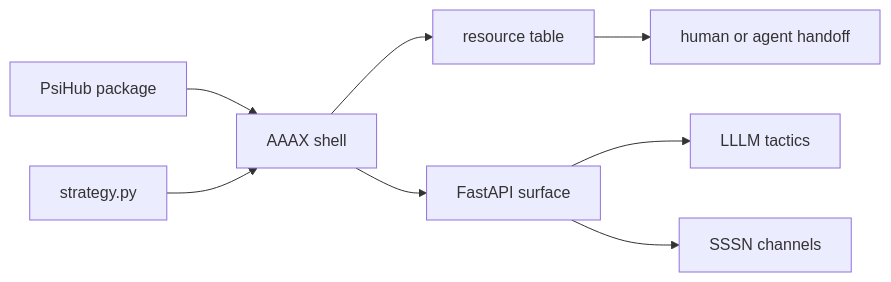
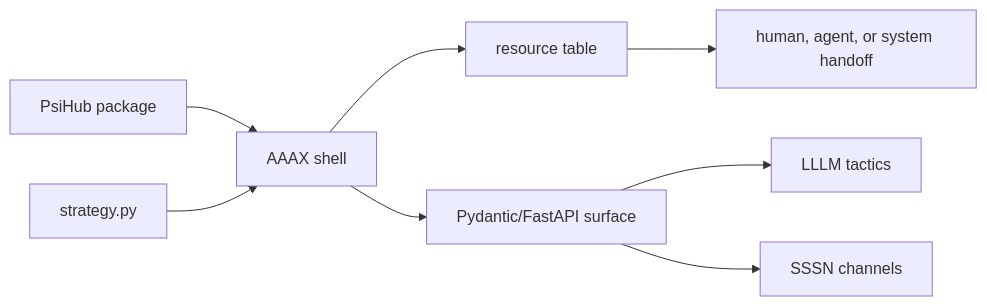
The diagram in docs/index.md (Productive-Superintelligence/aaax), drawn with Mermaid before and after one commit. The commit also changed other lines of this file and 6 other files, not shown here.

````diff
--- a/docs/index.md
+++ b/docs/index.md
@@ -75,10 +80,10 @@
 ```mermaid
 flowchart LR
   A["PsiHub package"] --> B["AAAX shell"]
   C["strategy.py"] --> B
   B --> D["resource table"]
-  B --> E["FastAPI surface"]
+  B --> E["Pydantic/FastAPI surface"]
   E --> F["LLLM tactics"]
   E --> G["SSSN channels"]
-  D --> H["human or agent handoff"]
+  D --> H["human, agent, or system handoff"]
 ```
````
